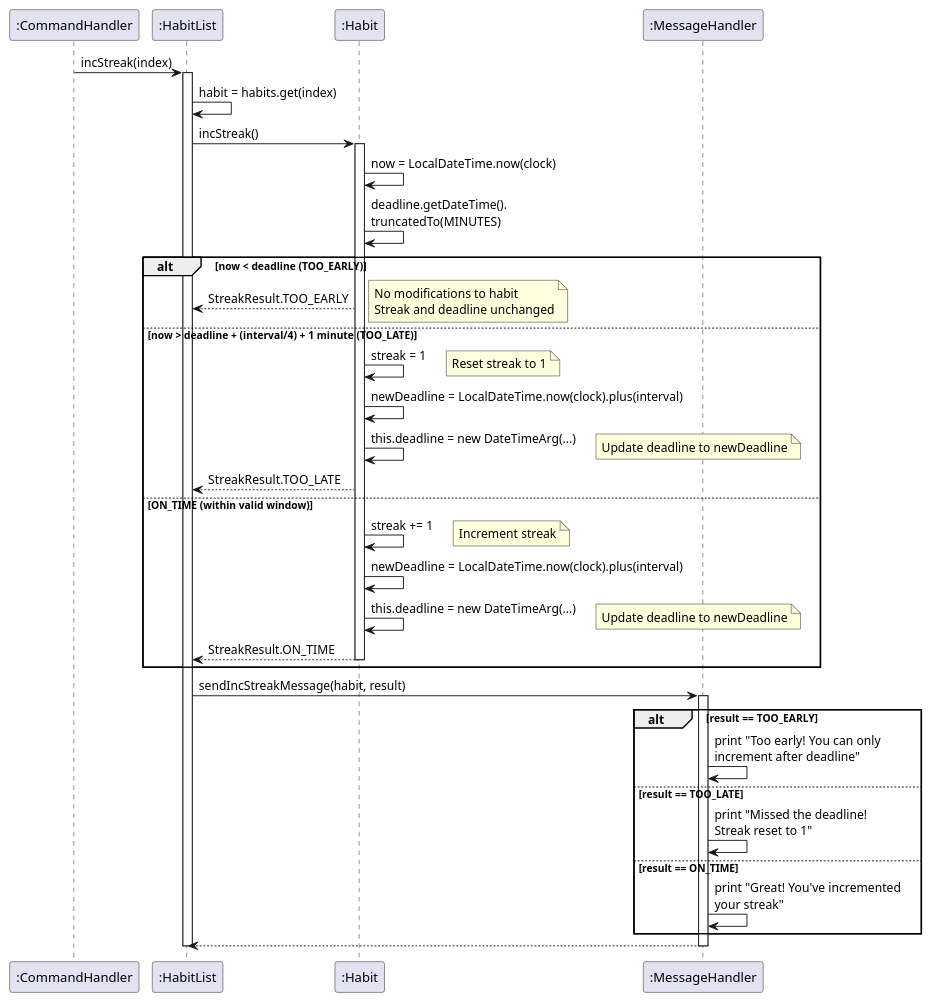
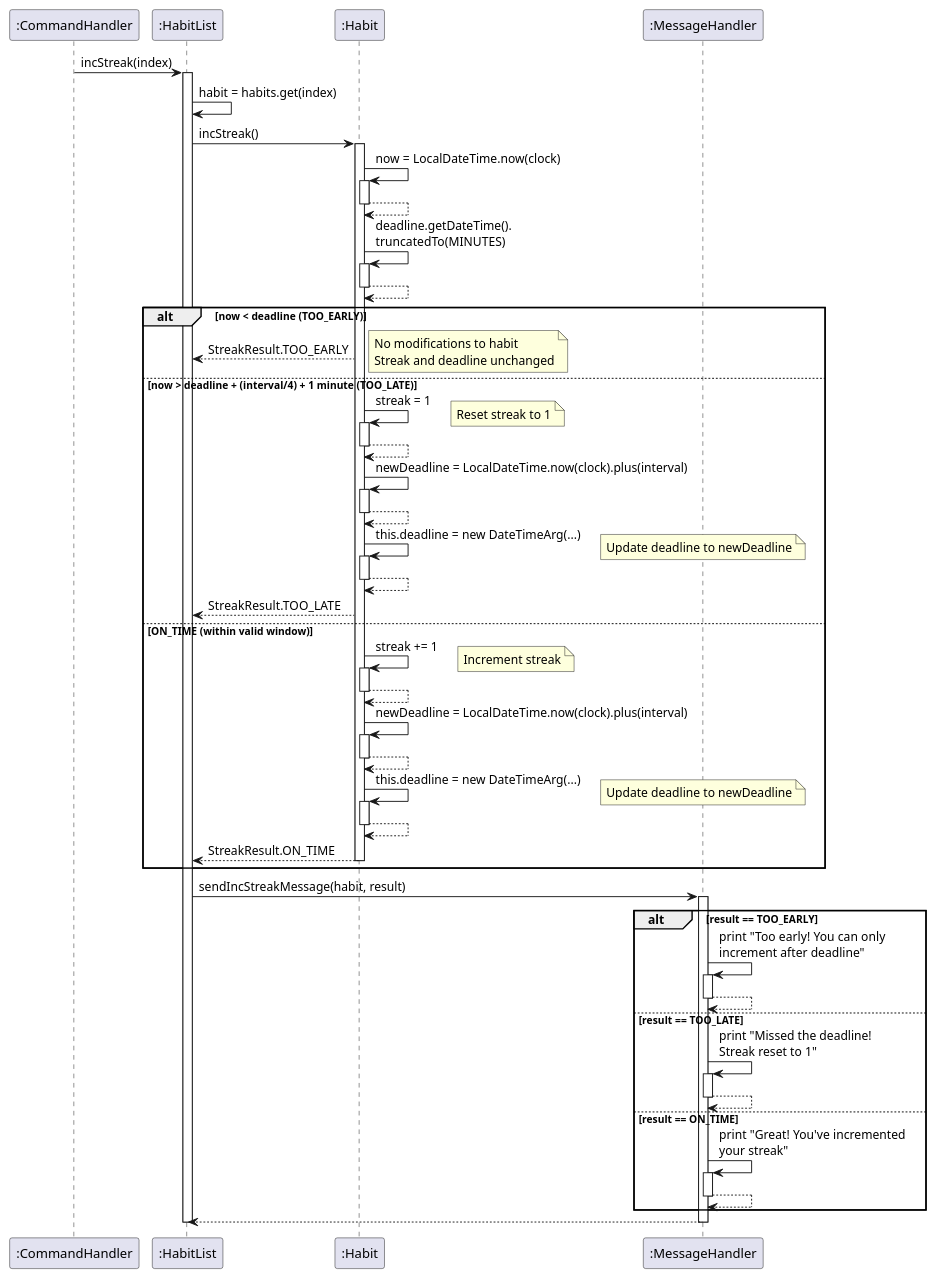
Before and after one commit to chongyaoo/tp: the diagram in docs/plantuml/HabitStreakSequence.puml, drawn with PlantUML. The commit also changed 5 other files, not shown here.

Commit message:
Updated UML sequence diagrams to include outer activation bars for method calls

```diff
--- a/docs/plantuml/HabitStreakSequence.puml
+++ b/docs/plantuml/HabitStreakSequence.puml
@@ -1,67 +1,103 @@
 @startuml
 'https://plantuml.com/sequence-diagram
 
 
 participant ":CommandHandler" as CommandHandler
 participant ":HabitList" as HabitList
 participant ":Habit" as Habit
 participant ":MessageHandler" as MessageHandler
 
 CommandHandler -> HabitList: incStreak(index)
 activate HabitList
 
 HabitList -> HabitList: habit = habits.get(index)
 
 HabitList -> Habit: incStreak()
 activate Habit
 
 Habit -> Habit: now = LocalDateTime.now(clock)
+activate Habit
+Habit --> Habit
+deactivate Habit
+
 Habit -> Habit: deadline.getDateTime().\ntruncatedTo(MINUTES)
+activate Habit
+Habit --> Habit
+deactivate Habit
 
 alt now < deadline (TOO_EARLY)
     Habit --> HabitList: StreakResult.TOO_EARLY
     note right
         No modifications to habit
         Streak and deadline unchanged
     end note
 
 else now > deadline + (interval/4) + 1 minute (TOO_LATE)
     Habit -> Habit: streak = 1
+    activate Habit
     note right: Reset streak to 1
+    Habit --> Habit
+    deactivate Habit
 
     Habit -> Habit: newDeadline = LocalDateTime.now(clock).plus(interval)
+    activate Habit
+    Habit --> Habit
+    deactivate Habit
+
     Habit -> Habit: this.deadline = new DateTimeArg(...)
+    activate Habit
     note right: Update deadline to newDeadline
+    Habit --> Habit
+    deactivate Habit
 
     Habit --> HabitList: StreakResult.TOO_LATE
 
 else ON_TIME (within valid window)
     Habit -> Habit: streak += 1
+    activate Habit
     note right: Increment streak
+    Habit --> Habit
+    deactivate Habit
 
     Habit -> Habit: newDeadline = LocalDateTime.now(clock).plus(interval)
+    activate Habit
+    Habit --> Habit
+    deactivate Habit
+
     Habit -> Habit: this.deadline = new DateTimeArg(...)
+    activate Habit
     note right: Update deadline to newDeadline
+    Habit --> Habit
+    deactivate Habit
 
     Habit --> HabitList: StreakResult.ON_TIME
     deactivate Habit
 end
 
 HabitList -> MessageHandler: sendIncStreakMessage(habit, result)
 activate MessageHandler
 
 alt result == TOO_EARLY
     MessageHandler -> MessageHandler: print "Too early! You can only\nincrement after deadline"
+    activate MessageHandler
+    MessageHandler --> MessageHandler
+    deactivate MessageHandler
 else result == TOO_LATE
     MessageHandler -> MessageHandler: print "Missed the deadline!\nStreak reset to 1"
+    activate MessageHandler
+    MessageHandler --> MessageHandler
+    deactivate MessageHandler
 else result == ON_TIME
     MessageHandler -> MessageHandler: print "Great! You've incremented\nyour streak"
+    activate MessageHandler
+    MessageHandler --> MessageHandler
+    deactivate MessageHandler
 end
 
 MessageHandler --> HabitList
 deactivate MessageHandler
 
 
 deactivate HabitList
 
 @enduml
```
